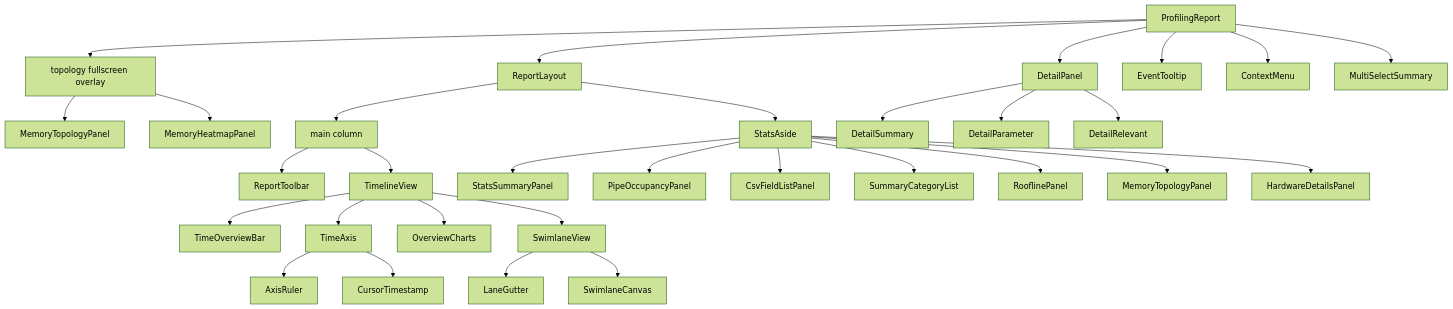
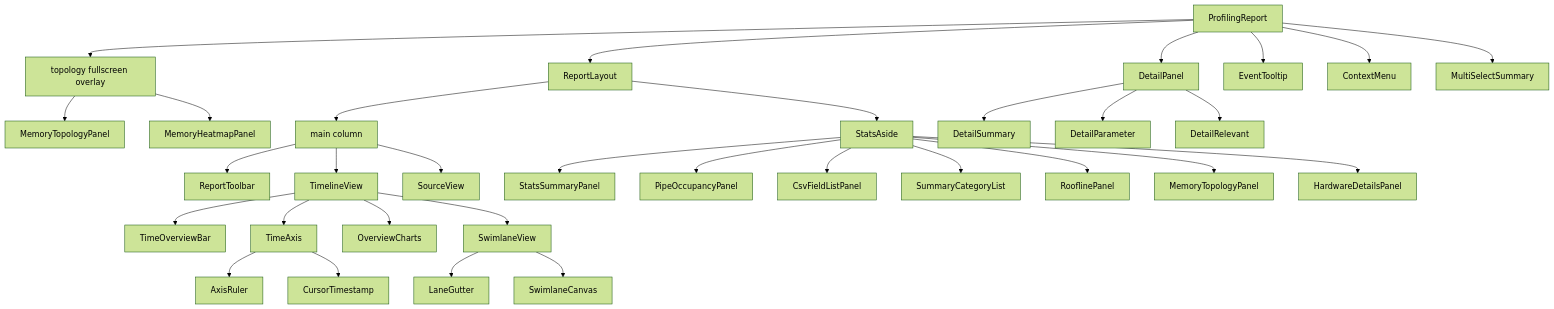
The diagram in src/ui/COMPONENT_TREE.md (IdeFrontend/profiling-report), drawn with Mermaid (forest theme) before and after one commit. The commit also changed other lines of this file and 98 other files, not shown here.

````diff
--- a/src/ui/COMPONENT_TREE.md
+++ b/src/ui/COMPONENT_TREE.md
@@ -9,34 +9,35 @@
 ```mermaid
 flowchart TB
   root[ProfilingReport]
   root --> layout[ReportLayout]
   root --> topoFs[topology fullscreen overlay]
   root --> detail[DetailPanel]
   root --> tip[EventTooltip]
   root --> menu[ContextMenu]
   root --> multi[MultiSelectSummary]
   topoFs --> memFs[MemoryTopologyPanel]
   topoFs --> heatFs[MemoryHeatmapPanel]
   layout --> mainCol[main column]
   layout --> aside[StatsAside]
   mainCol --> toolbar[ReportToolbar]
   mainCol --> timeline[TimelineView]
+  mainCol --> sourceView[SourceView]
   timeline --> overviewBar[TimeOverviewBar]
   timeline --> timeAxis[TimeAxis]
   timeAxis --> ruler[AxisRuler]
   timeAxis --> cursor[CursorTimestamp]
   timeline --> overviewCharts[OverviewCharts]
   timeline --> swim[SwimlaneView]
   swim --> gutter[LaneGutter]
   swim --> canvas[SwimlaneCanvas]
   aside --> summary[StatsSummaryPanel]
   aside --> pipe[PipeOccupancyPanel]
   aside --> csv[CsvFieldListPanel]
   aside --> summ[SummaryCategoryList]
   aside --> roof[RooflinePanel]
   aside --> mem[MemoryTopologyPanel]
   aside --> hw[HardwareDetailsPanel]
   detail --> dsum[DetailSummary]
   detail --> dparam[DetailParameter]
   detail --> drel[DetailRelevant]
 ```
````
